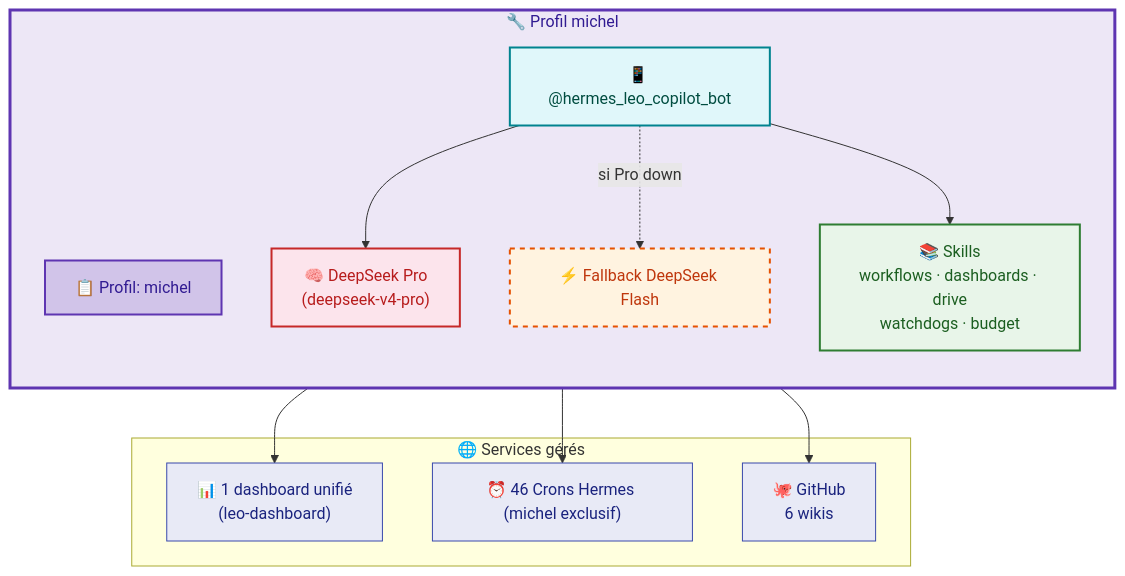
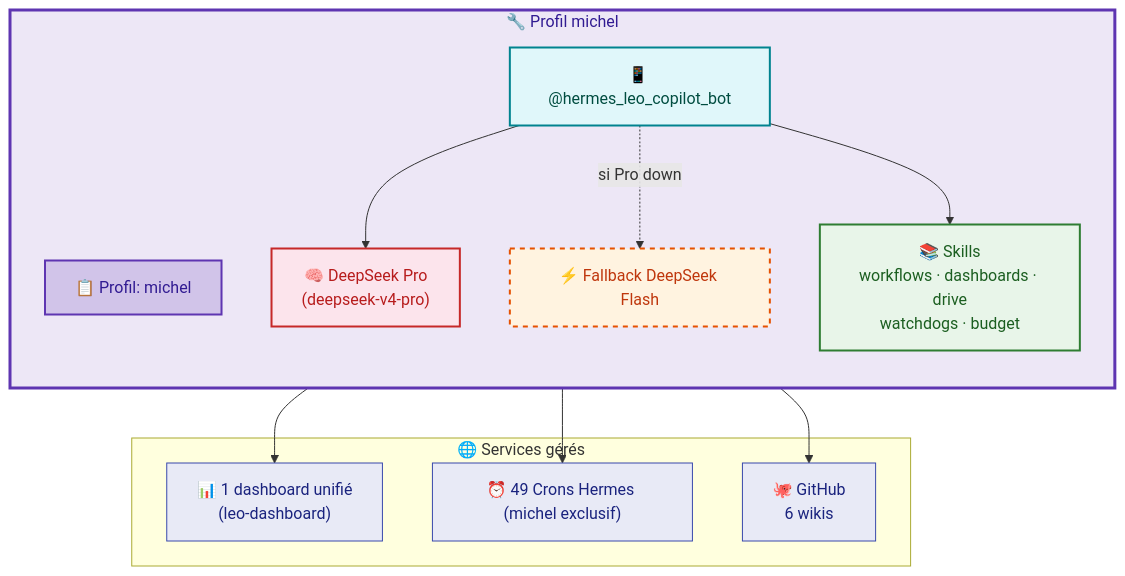
The third of 5 diagrams in docs/hermes/architecture-communication.md (christophedanhier-hash/hermes-wiki), drawn with Mermaid before and after one commit. The commit also changed other lines of this file and 7 other files, not shown here.

````diff
--- a/docs/hermes/architecture-communication.md
+++ b/docs/hermes/architecture-communication.md
@@ -130,35 +130,35 @@
 ```mermaid
 flowchart TB
     subgraph MICHEL["🔧 Profil michel"]
         direction TB
         P1["📋 Profil: michel"]
         B1["📱 @hermes_leo_copilot_bot"]
         M1["🧠 DeepSeek Pro<br/>(deepseek-v4-pro)"]
         F1["⚡ Fallback DeepSeek Flash"]
         SKILLS["📚 Skills<br/>workflows · dashboards · drive<br/>watchdogs · budget"]
     end
 
     subgraph EXTERNE["🌐 Services gérés"]
         DASH["📊 1 dashboard unifié<br/>(leo-dashboard)"]
-        CRONS["⏰ 46 Crons Hermes (michel exclusif)"]
+        CRONS["⏰ 49 Crons Hermes (michel exclusif)"]
         GH["🐙 GitHub<br/>6 wikis"]
     end
 
     B1 --> M1
     B1 -.->|"si Pro down"| F1
     B1 --> SKILLS
 
     SKILLS --> DASH
     SKILLS --> CRONS
     SKILLS --> GH
 
     style MICHEL fill:#ede7f6,stroke:#5e35b1,stroke-width:3px,color:#311b92
     style P1 fill:#d1c4e9,stroke:#5e35b1,stroke-width:2px,color:#311b92
     style B1 fill:#e0f7fa,stroke:#00838f,stroke-width:2px,color:#004d40
     style M1 fill:#fce4ec,stroke:#c62828,stroke-width:2px,color:#b71c1c
     style F1 fill:#fff3e0,stroke:#e65100,stroke-width:2px,stroke-dasharray:5,color:#bf360c
     style SKILLS fill:#e8f5e9,stroke:#2e7d32,stroke-width:2px,color:#1b5e20
     style DASH fill:#e8eaf6,stroke:#3949ab,color:#1a237e
     style CRONS fill:#e8eaf6,stroke:#3949ab,color:#1a237e
     style GH fill:#e8eaf6,stroke:#3949ab,color:#1a237e
 ```
````
